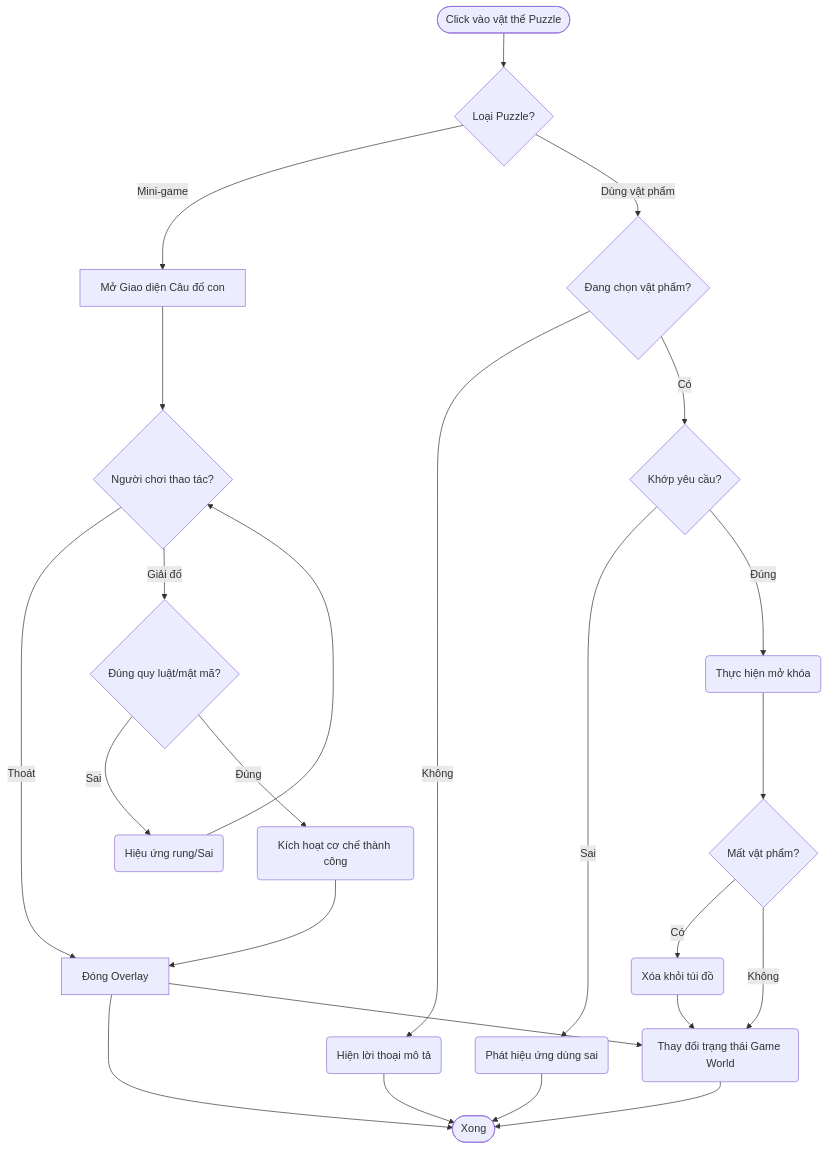
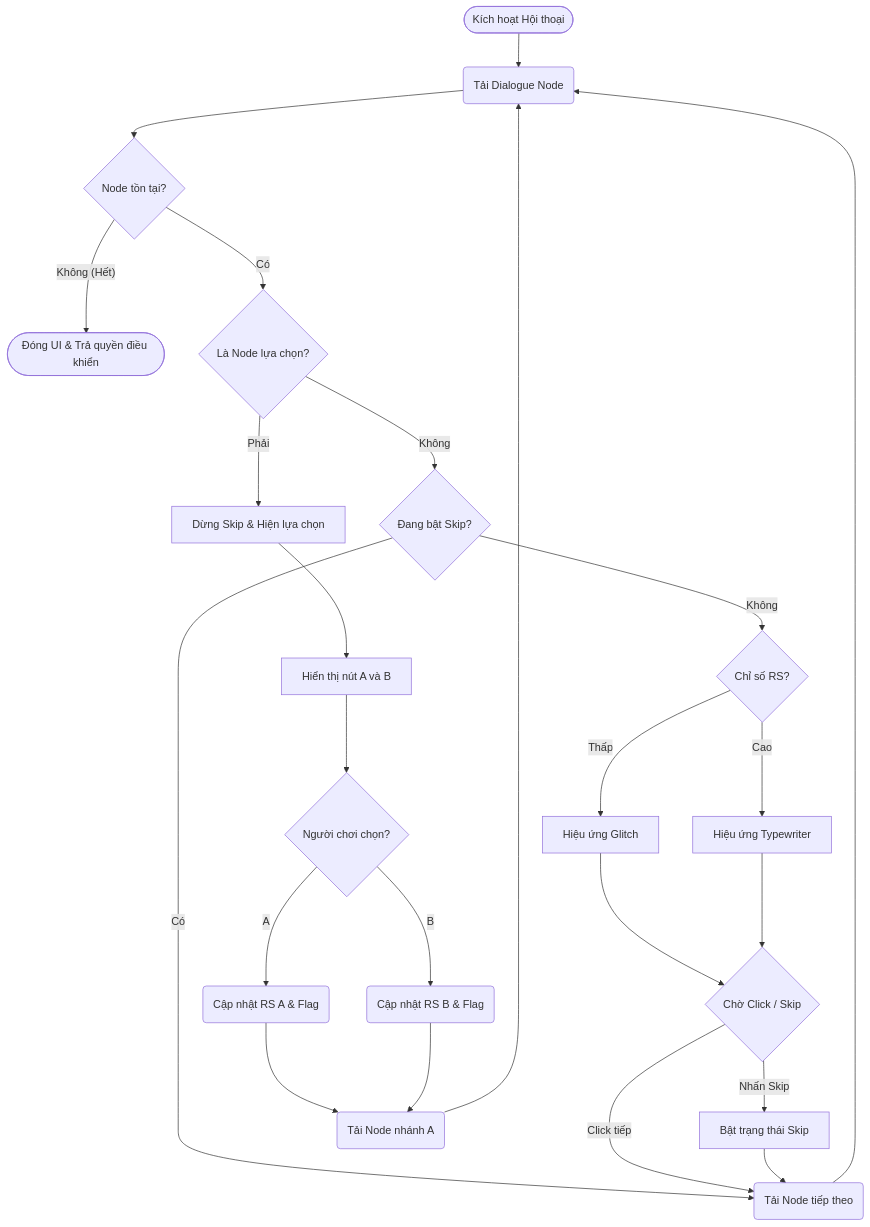
The diagram in UML/Sequence.md (trieuwu/Gnivol), drawn with Mermaid before and after one commit. The commit also changed other lines of this file and 1 other file, not shown here.

Commit message:
Update Dialogue UML

````diff
--- a/UML/Sequence.md
+++ b/UML/Sequence.md
@@ -73,38 +1,39 @@
 ```mermaid
 flowchart TD
-    Start([Click vào vật thể Puzzle]) --> TypeCheck{Loại Puzzle?}
+    Start([Kích hoạt Hội thoại]) --> LoadNode(Tải Dialogue Node)
 
-    %% Nhánh Mini-game (Mật mã, sắp xếp, v.v...)
-    TypeCheck -- "Mini-game" --> OpenOverlay[Mở Giao diện Câu đố con]
-    OpenOverlay --> SubInteraction{Người chơi thao tác?}
-    
-    SubInteraction -- "Thoát" --> CloseOverlay[Đóng Overlay]
-    CloseOverlay --> End
-    
-    SubInteraction -- "Giải đố" --> LogicCheck{Đúng quy luật/mật mã?}
-    LogicCheck -- Sai --> ShakeAnim(Hiệu ứng rung/Sai)
-    ShakeAnim --> SubInteraction
-    
-    LogicCheck -- Đúng --> SuccessAction(Kích hoạt cơ chế thành công)
-    SuccessAction --> CloseOverlay
-    CloseOverlay --> UpdateWorld(Thay đổi trạng thái Game World)
+%% Kiểm tra điểm dừng ngay khi nạp
+    LoadNode --> ExistCheck{Node tồn tại?}
+    ExistCheck -- "Không (Hết)" --> EndDialogue([Đóng UI & Trả quyền điều khiển])
 
-    %% Nhánh Item Puzzle (Mở khóa bằng đồ vật)
-    TypeCheck -- "Dùng vật phẩm" --> IsHolding{Đang chọn vật phẩm?}
-    
-    IsHolding -- Không --> Examine(Hiện lời thoại mô tả)
-    Examine --> End
-    
-    IsHolding -- Có --> MatchID{Khớp yêu cầu?}
-    
-    MatchID -- Sai --> PlayFail(Phát hiệu ứng dùng sai)
-    PlayFail --> End
-    
-    MatchID -- Đúng --> ExecutePuzzle(Thực hiện mở khóa)
-    ExecutePuzzle --> ConsumeCheck{Mất vật phẩm?}
-    
-    ConsumeCheck -- Có --> RemoveItem(Xóa khỏi túi đồ)
-    ConsumeCheck -- Không --> UpdateWorld
-    RemoveItem --> UpdateWorld
-    UpdateWorld --> End([Xong])
+%% Nếu tồn tại thì mới chạy tiếp logic
+    ExistCheck -- "Có" --> IsDecision{Là Node lựa chọn?}
+
+    IsDecision -- "Phải" --> StopSkip[Dừng Skip & Hiện lựa chọn]
+    StopSkip --> ShowChoices[Hiển thị nút A và B]
+
+    IsDecision -- "Không" --> SkipCheck{Đang bật Skip?}
+
+    SkipCheck -- "Có" --> AutoNext(Tải Node tiếp theo)
+    AutoNext --> LoadNode
+
+    SkipCheck -- "Không" --> RSCheck{Chỉ số RS?}
+    RSCheck -- "Thấp" --> Glitch[Hiệu ứng Glitch]
+    RSCheck -- "Cao" --> Typewriter[Hiệu ứng Typewriter]
+
+    Glitch --> WaitInput{Chờ Click / Skip}
+    Typewriter --> WaitInput
+
+    WaitInput -- "Nhấn Skip" --> SetSkip[Bật trạng thái Skip]
+    WaitInput -- "Click tiếp" --> AutoNext
+    SetSkip --> AutoNext
+
+    UserSelect{Người chơi chọn?}
+    ShowChoices --> UserSelect
+    UserSelect -- "A" --> UpdateRSA(Cập nhật RS A & Flag)
+    UserSelect -- "B" --> UpdateRSB(Cập nhật RS B & Flag)
+
+    UpdateRSA --> NextBranch(Tải Node nhánh A)
+    UpdateRSB --> NextBranch
+    NextBranch --> LoadNode
 ```
````
